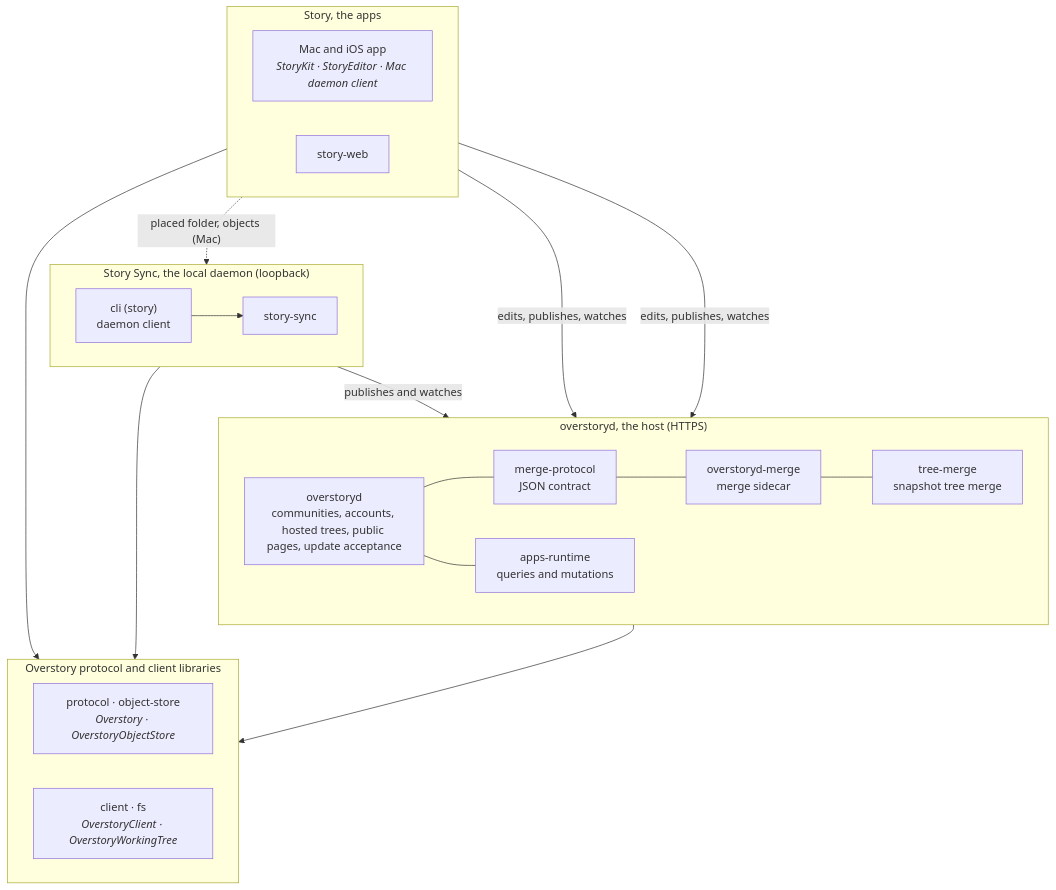
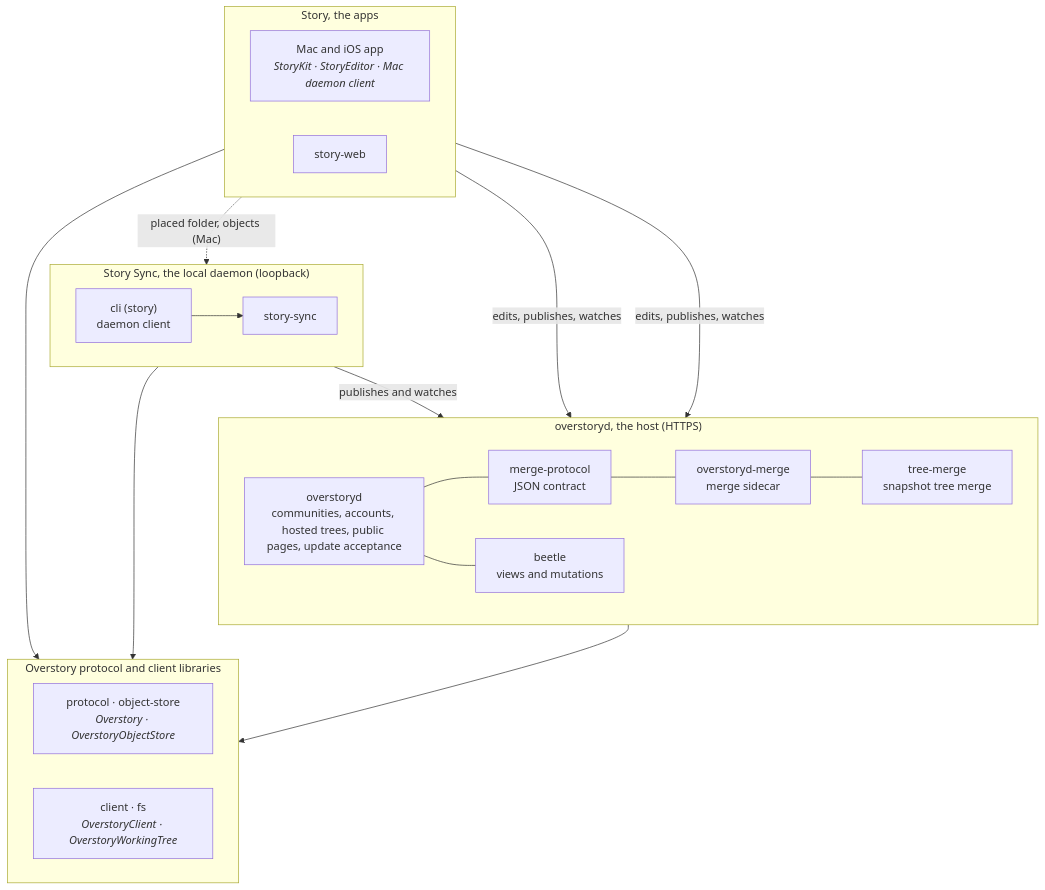
Before and after one commit to jxe/arbor: the diagram in README.md, drawn with Mermaid. The commit also changed other lines of this file and 36 other files, not shown here.

````diff
--- a/README.md
+++ b/README.md
@@ -44,38 +44,38 @@
 ```mermaid
 flowchart TB
   subgraph proto["Overstory protocol and client libraries"]
     direction LR
     P["protocol · object-store<br/><i>Overstory · OverstoryObjectStore</i>"]
     C["client · fs<br/><i>OverstoryClient · OverstoryWorkingTree</i>"]
   end
   subgraph host["overstoryd, the host (HTTPS)"]
     direction LR
     D["overstoryd<br/>communities, accounts, hosted trees, public pages, update acceptance"]
     M["overstoryd-merge<br/>merge sidecar"]
     MP["merge-protocol<br/>JSON contract"]
     TM["tree-merge<br/>snapshot tree merge"]
-    AR["apps-runtime<br/>queries and mutations"]
+    AR["beetle<br/>views and mutations"]
   end
   subgraph story["Story Sync, the local daemon (loopback)"]
     direction LR
     AS["story-sync"]
     CLI["cli (story)<br/>daemon client"]
   end
   subgraph apps["Story, the apps"]
     direction LR
     APP["Mac and iOS app<br/><i>StoryKit · StoryEditor · Mac daemon client</i>"]
     WEB["story-web"]
   end
   D --- MP
   MP --- M
   M --- TM
   D --- AR
   AS -- "publishes and watches" --> D
   APP -- "edits, publishes, watches" --> D
   WEB -- "edits, publishes, watches" --> D
   APP -. "placed folder, objects (Mac)" .-> AS
   CLI --> AS
   host --> proto
   story --> proto
   apps --> proto
 ```
````
